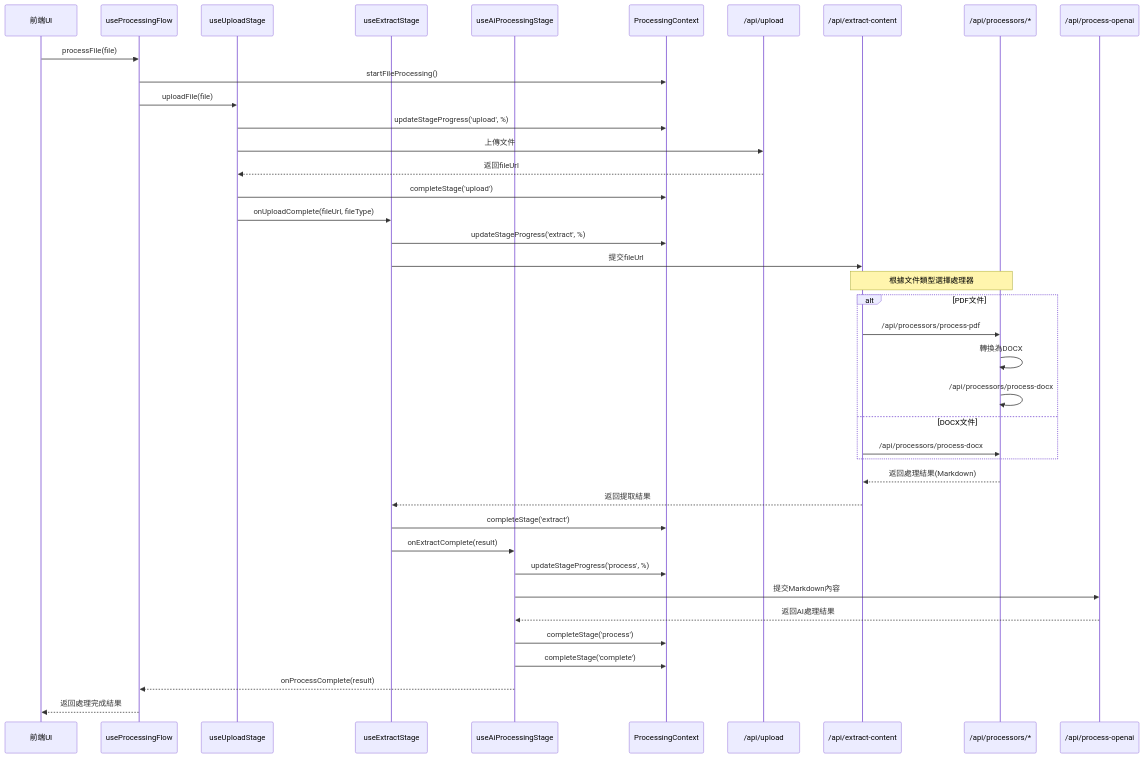
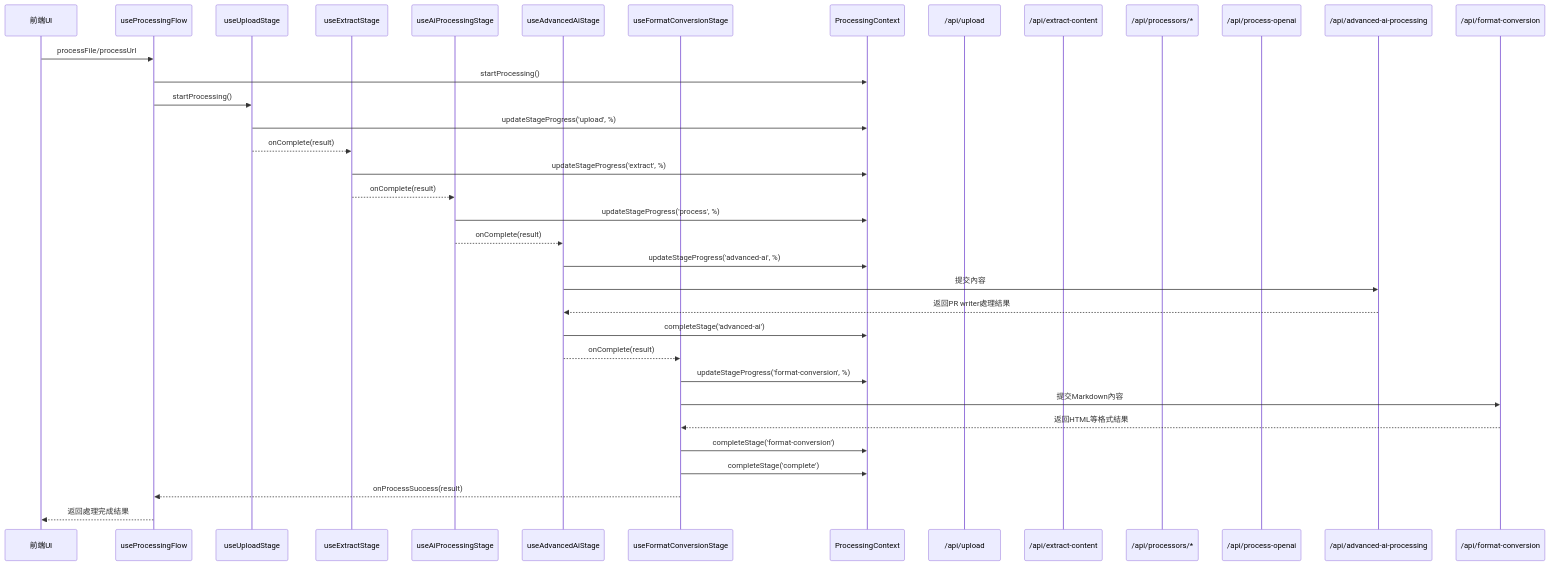
One commit to darwin7381/auto-article-tools changed the second of 3 diagrams in docs/processing-flow-analysis.md. Above: the diagram before and after it, drawn with Mermaid. The commit also changed other lines of this file and 15 other files, not shown here.

````diff
--- a/docs/processing-flow-analysis.md
+++ b/docs/processing-flow-analysis.md
@@ -61,45 +69,44 @@
 ```mermaid
 sequenceDiagram
     participant UI as 前端UI
     participant PF as useProcessingFlow
     participant US as useUploadStage
     participant ES as useExtractStage
     participant AP as useAiProcessingStage
+    participant AA as useAdvancedAiStage
+    participant FC as useFormatConversionStage
     participant PC as ProcessingContext
     participant Upload as /api/upload
     participant Extract as /api/extract-content
     participant Processor as /api/processors/*
     participant OpenAI as /api/process-openai
+    participant AdvancedAI as /api/advanced-ai-processing
+    participant Format as /api/format-conversion
     
-    UI->>PF: processFile(file)
-    PF->>PC: startFileProcessing()
-    PF->>US: uploadFile(file)
+    UI->>PF: processFile/processUrl
+    PF->>PC: startProcessing()
+    PF->>US: startProcessing()
+    
     US->>PC: updateStageProgress('upload', %)
-    US->>Upload: 上傳文件
-    Upload-->>US: 返回fileUrl
-    US->>PC: completeStage('upload')
-    US->>ES: onUploadComplete(fileUrl, fileType)
+    US-->>ES: onComplete(result)
     
     ES->>PC: updateStageProgress('extract', %)
-    ES->>Extract: 提交fileUrl
-    Note over Extract,Processor: 根據文件類型選擇處理器
-    alt PDF文件
-        Extract->>Processor: /api/processors/process-pdf
-        Processor->>Processor: 轉換為DOCX
-        Processor->>Processor: /api/processors/process-docx
-    else DOCX文件
-        Extract->>Processor: /api/processors/process-docx
-    end
-    Processor-->>Extract: 返回處理結果(Markdown)
-    Extract-->>ES: 返回提取結果
-    ES->>PC: completeStage('extract')
-    ES->>AP: onExtractComplete(result)
+    ES-->>AP: onComplete(result)
     
     AP->>PC: updateStageProgress('process', %)
-    AP->>OpenAI: 提交Markdown內容
-    OpenAI-->>AP: 返回AI處理結果
-    AP->>PC: completeStage('process')
-    AP->>PC: completeStage('complete')
-    AP-->>PF: onProcessComplete(result)
+    AP-->>AA: onComplete(result)
+    
+    AA->>PC: updateStageProgress('advanced-ai', %)
+    AA->>AdvancedAI: 提交內容
+    AdvancedAI-->>AA: 返回PR writer處理結果
+    AA->>PC: completeStage('advanced-ai')
+    AA-->>FC: onComplete(result)
+    
+    FC->>PC: updateStageProgress('format-conversion', %)
+    FC->>Format: 提交Markdown內容
+    Format-->>FC: 返回HTML等格式結果
+    FC->>PC: completeStage('format-conversion')
+    FC->>PC: completeStage('complete')
+    FC-->>PF: onProcessSuccess(result)
     PF-->>UI: 返回處理完成結果
 ```
````
